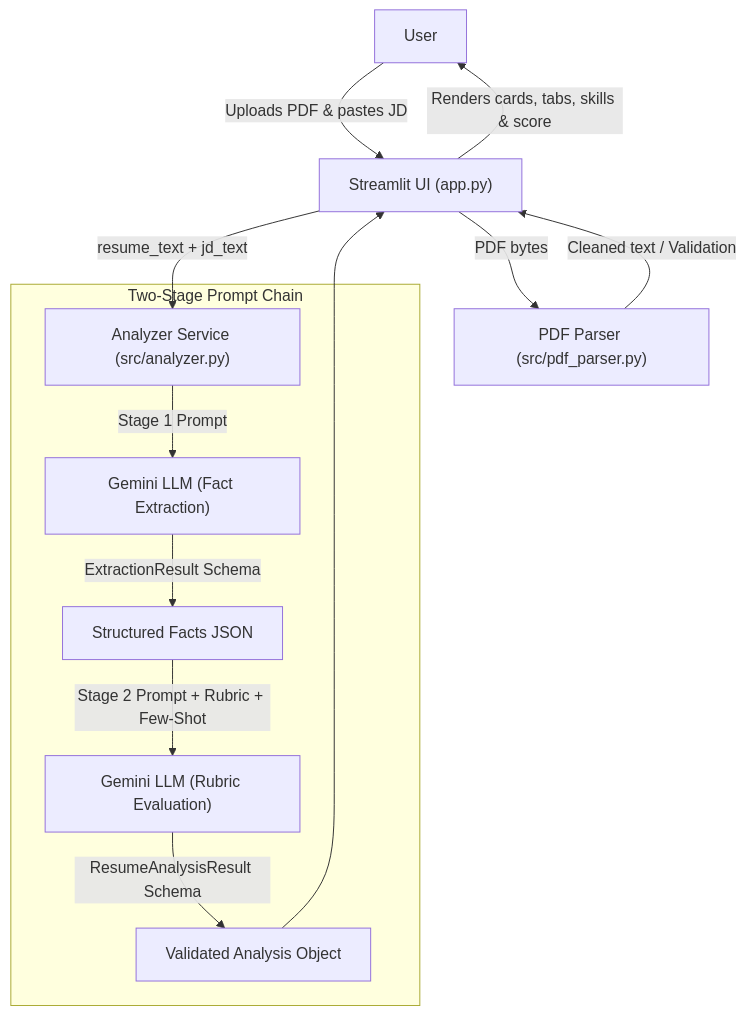
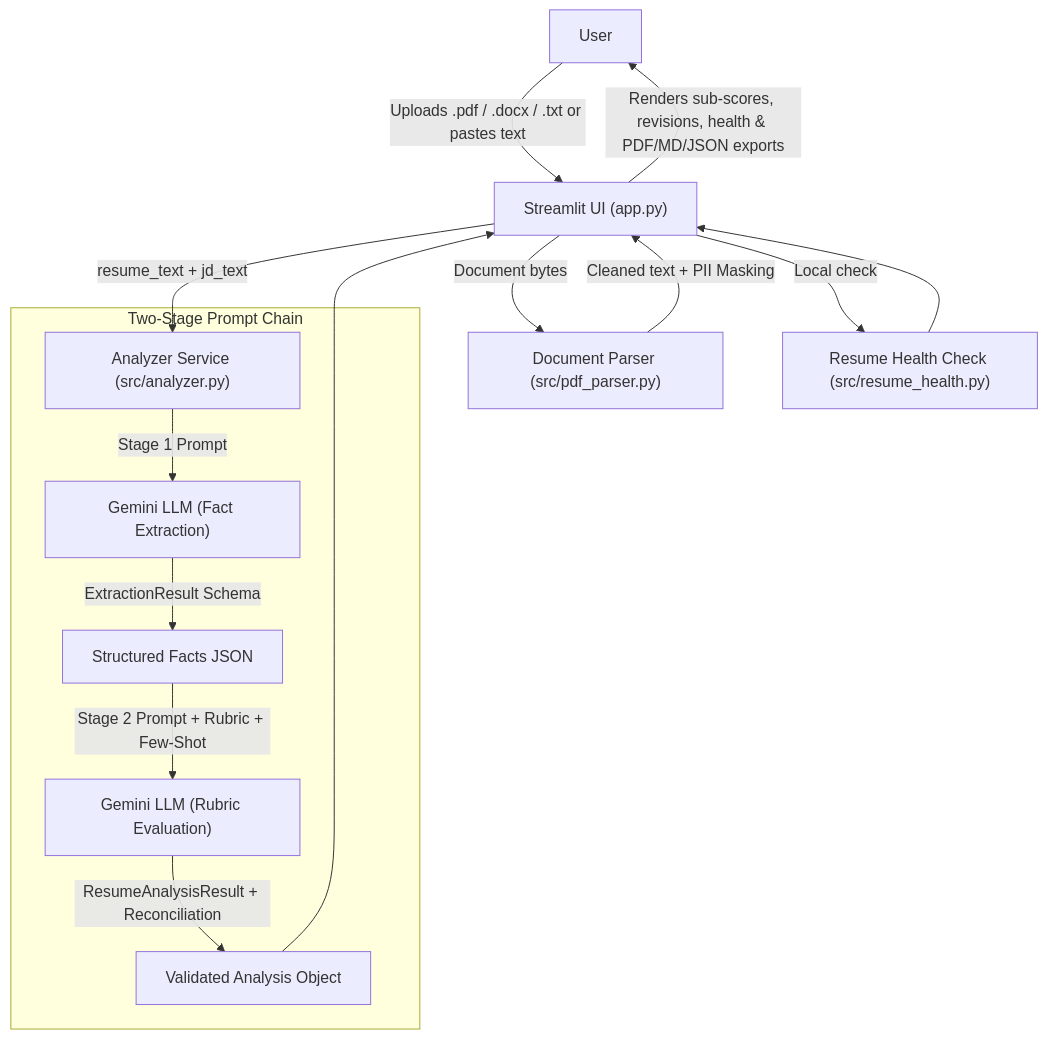
One commit to gouraangkumar-hash/resumeanalyzer changed the diagram in README.md. Above: the diagram before and after it, drawn with Mermaid. The commit also changed other lines of this file and 17 other files, not shown here.

Commit message:
Upgraded resume evaluator UI, added multi-format parsing, PII redaction, health check, personalized interview prep, and PDF export

````diff
--- a/README.md
+++ b/README.md
@@ -50,17 +50,19 @@
 ```mermaid
 flowchart TD
-    User["User"] -->|Uploads PDF & pastes JD| UI["Streamlit UI (app.py)"]
-    UI -->|PDF bytes| Parser["PDF Parser (src/pdf_parser.py)"]
-    Parser -->|Cleaned text / Validation| UI
+    User["User"] -->|Uploads .pdf / .docx / .txt or pastes text| UI["Streamlit UI (app.py)"]
+    UI -->|Document bytes| Parser["Document Parser (src/pdf_parser.py)"]
+    Parser -->|Cleaned text + PII Masking| UI
     UI -->|resume_text + jd_text| Analyzer["Analyzer Service (src/analyzer.py)"]
+    UI -->|Local check| Health["Resume Health Check (src/resume_health.py)"]
     
     subgraph PromptChain["Two-Stage Prompt Chain"]
         Analyzer -->|Stage 1 Prompt| LLM1["Gemini LLM (Fact Extraction)"]
         LLM1 -->|ExtractionResult Schema| Intermediate["Structured Facts JSON"]
         Intermediate -->|Stage 2 Prompt + Rubric + Few-Shot| LLM2["Gemini LLM (Rubric Evaluation)"]
-        LLM2 -->|ResumeAnalysisResult Schema| FinalResult["Validated Analysis Object"]
+        LLM2 -->|ResumeAnalysisResult + Reconciliation| FinalResult["Validated Analysis Object"]
     end
     
     FinalResult --> UI
-    UI -->|Renders cards, tabs, skills & score| User
+    Health --> UI
+    UI -->|Renders sub-scores, revisions, health & PDF/MD/JSON exports| User
 ```
````
